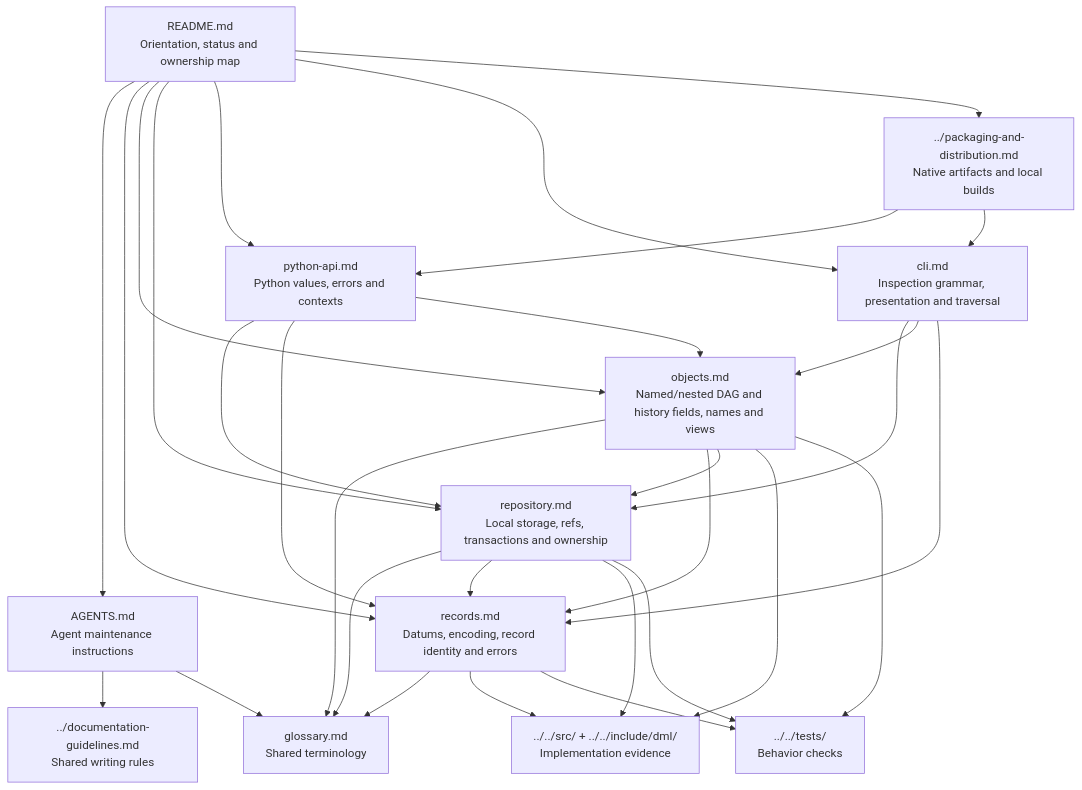
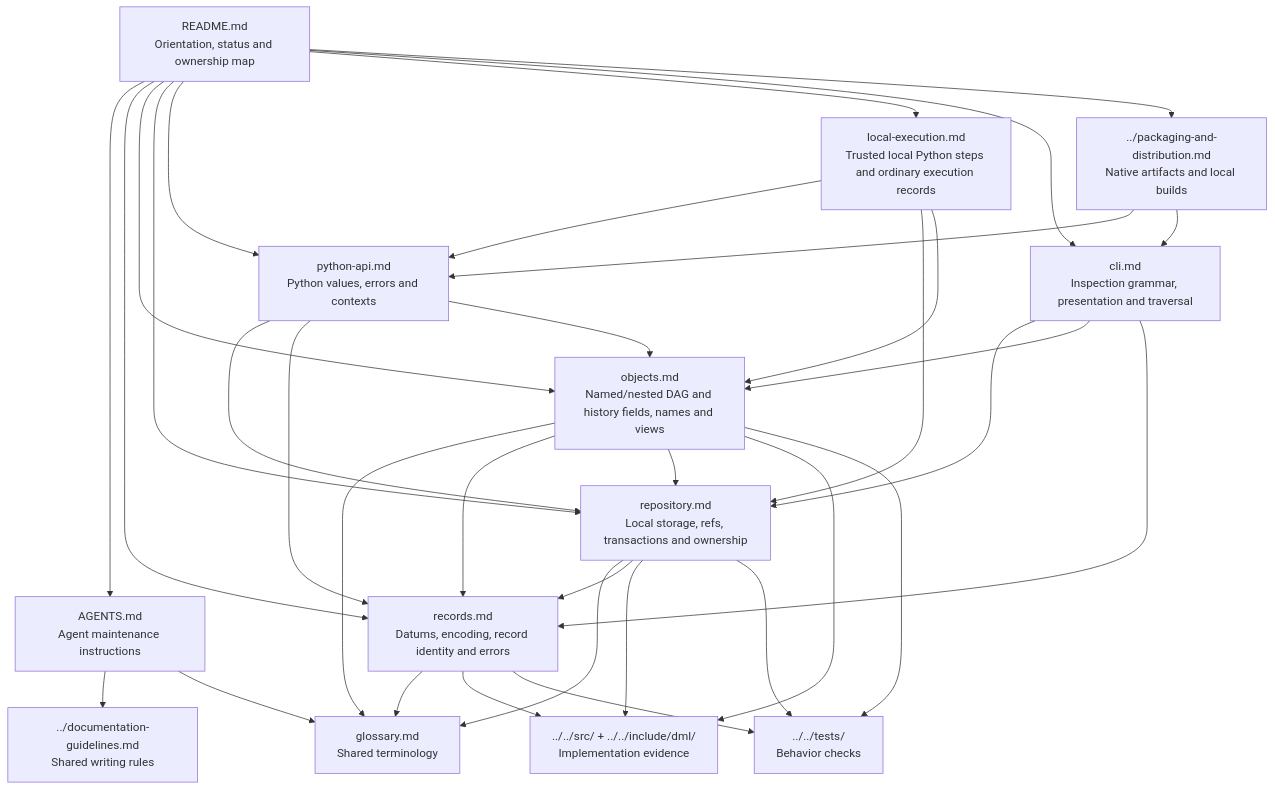
The diagram in docs/spec-next/README.md (micha/dml), drawn with Mermaid before and after one commit. The commit also changed other lines of this file and 15 other files, not shown here.

First line of the commit message:
Add local recorded Python execution

````diff
--- a/docs/spec-next/README.md
+++ b/docs/spec-next/README.md
@@ -35,44 +35,49 @@
 ```mermaid
 flowchart TD
     README["README.md<br/>Orientation, status and ownership map"]
     AGENTS["AGENTS.md<br/>Agent maintenance instructions"]
     GUIDE["../documentation-guidelines.md<br/>Shared writing rules"]
     GLOSSARY["glossary.md<br/>Shared terminology"]
     RECORDS["records.md<br/>Datums, encoding, record identity and errors"]
     OBJECTS["objects.md<br/>Named/nested DAG and history fields, names and views"]
     REPO["repository.md<br/>Local storage, refs, transactions and ownership"]
     PY["python-api.md<br/>Python values, errors and contexts"]
+    LOCAL["local-execution.md<br/>Trusted local Python steps and ordinary execution records"]
     CLI["cli.md<br/>Inspection grammar, presentation and traversal"]
     PACK["../packaging-and-distribution.md<br/>Native artifacts and local builds"]
     CODE["../../src/ + ../../include/dml/<br/>Implementation evidence"]
     TESTS["../../tests/<br/>Behavior checks"]
     README --> AGENTS
     README --> RECORDS
     README --> OBJECTS
     README --> REPO
     README --> PY
+    README --> LOCAL
     README --> CLI
     README --> PACK
     PY --> REPO
     PY --> RECORDS
     PY --> OBJECTS
+    LOCAL --> PY
+    LOCAL --> REPO
+    LOCAL --> OBJECTS
     CLI --> REPO
     CLI --> OBJECTS
     CLI --> RECORDS
     PACK --> PY
     PACK --> CLI
     AGENTS --> GUIDE
     AGENTS --> GLOSSARY
     RECORDS --> GLOSSARY
     OBJECTS --> GLOSSARY
     OBJECTS --> RECORDS
     OBJECTS --> REPO
     OBJECTS --> CODE
     OBJECTS --> TESTS
     REPO --> GLOSSARY
     REPO --> RECORDS
     RECORDS --> CODE
     RECORDS --> TESTS
     REPO --> CODE
     REPO --> TESTS
 ```
````
